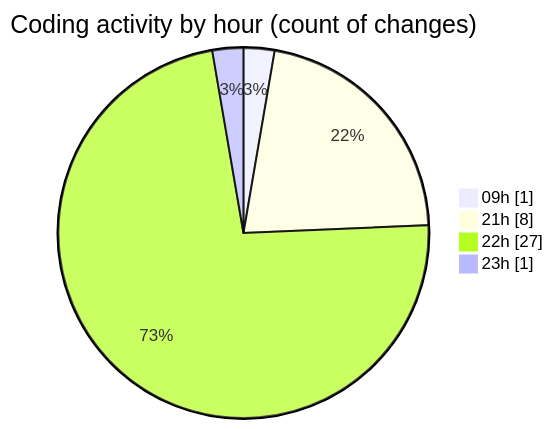
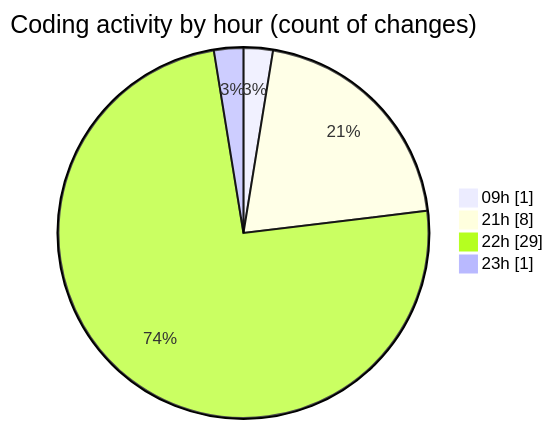
Before and after one commit to MatusMokan/code-tracking: the second of 2 diagrams in 2025-02-19/myws__workspace_/README.md, drawn with Mermaid. The commit also changed other lines of this file and 1 other file, not shown here.

````diff
--- a/2025-02-19/myws__workspace_/README.md
+++ b/2025-02-19/myws__workspace_/README.md
@@ -33,8 +34,8 @@
 ```mermaid
 pie showData
 title Coding activity by hour (count of changes)
 "09h" : 1
 "21h" : 8
-"22h" : 27
+"22h" : 29
 "23h" : 1
 ```
````
